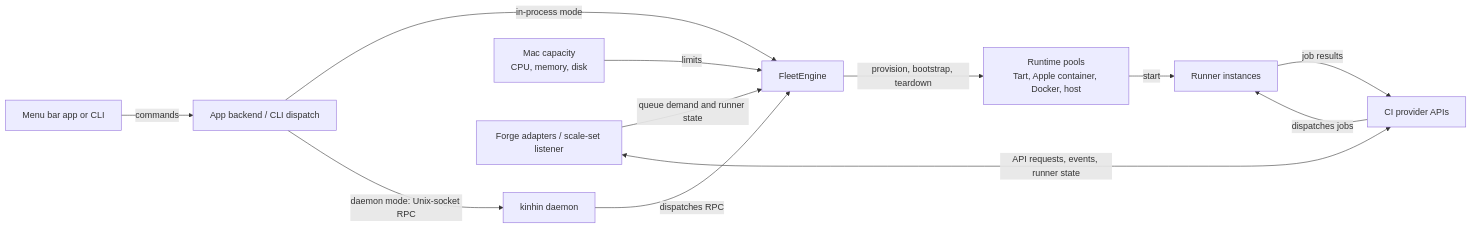
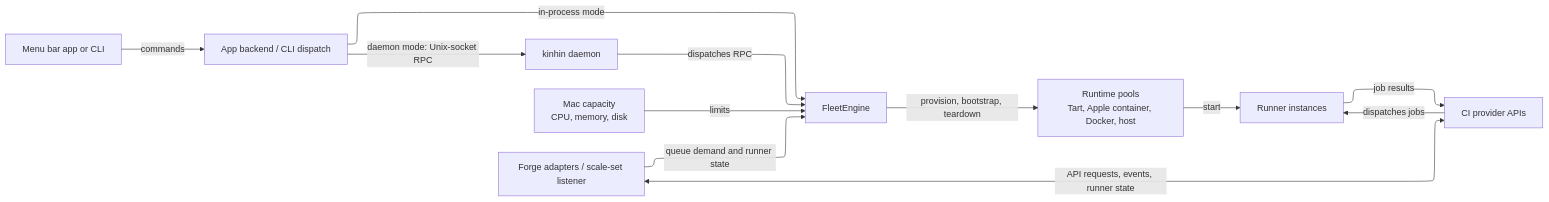
Before and after one commit to RabinApps/kinhin: the first of 2 diagrams in docs/architecture.md, drawn with Mermaid. The commit also changed other lines of this file and 137 other files, not shown here.

Commit message:
Reorganization, can reset settings, and fix scale set problems

````diff
--- a/docs/architecture.md
+++ b/docs/architecture.md
@@ -13,14 +13,18 @@
 ```mermaid
+---
+config:
+  layout: elk
+---
 flowchart LR
-    operator["Menu bar app or CLI"] -->|commands| frontend["App backend / CLI dispatch"]
-    frontend -->|in-process mode| engine["FleetEngine"]
-    frontend -->|daemon mode: Unix-socket RPC| daemon["kinhin daemon"]
-    daemon -->|dispatches RPC| engine
-    capacity["Mac capacity<br/>CPU, memory, disk"] -->|limits| engine
-    adapters["Forge adapters / scale-set listener"] -->|queue demand and runner state| engine
-    adapters <-->|"API requests, events, runner state"| forge["CI provider APIs"]
-    engine -->|provision, bootstrap, teardown| runtimes["Runtime pools<br/>Tart, Apple container, Docker, host"]
-    runtimes -->|start| runners["Runner instances"]
-    forge -->|dispatches jobs| runners
-    runners -->|job results| forge
+    operator["Menu bar app or CLI"] -- commands --> frontend["App backend / CLI dispatch"]
+    frontend -- "in-process mode" --> engine["FleetEngine"]
+    frontend -- "daemon mode: Unix-socket RPC" --> daemon["kinhin daemon"]
+    daemon -- dispatches RPC --> engine
+    capacity["Mac capacity<br>CPU, memory, disk"] -- limits --> engine
+    adapters["Forge adapters / scale-set listener"] -- queue demand and runner state --> engine
+    adapters <-- API requests, events, runner state --> forge["CI provider APIs"]
+    engine -- provision, bootstrap, teardown --> runtimes["Runtime pools<br>Tart, Apple container, Docker, host"]
+    runtimes -- start --> runners["Runner instances"]
+    forge -- dispatches jobs --> runners
+    runners -- job results --> forge
 ```
````
